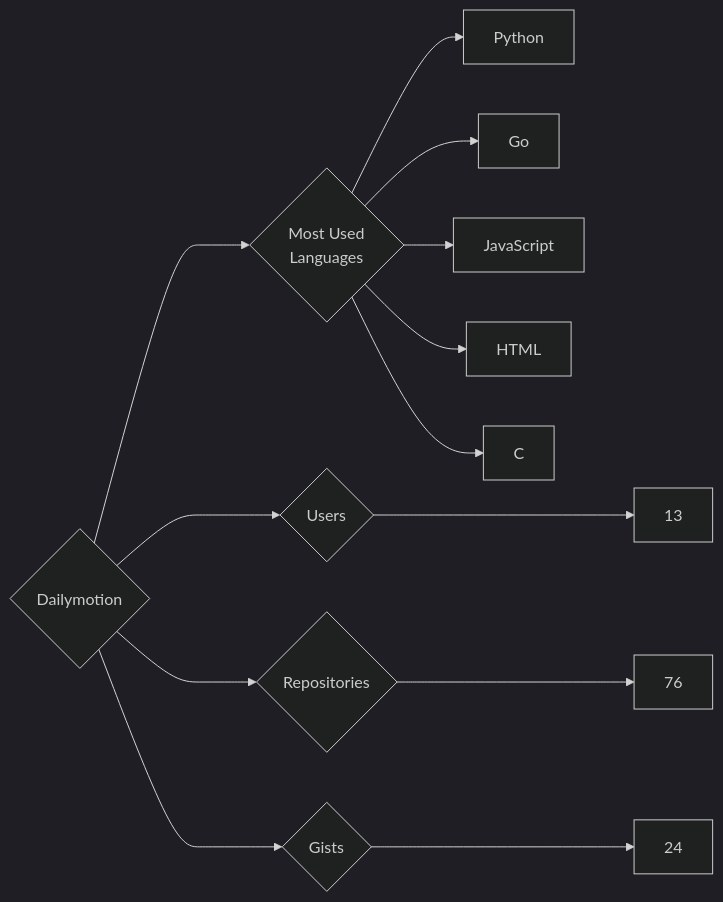
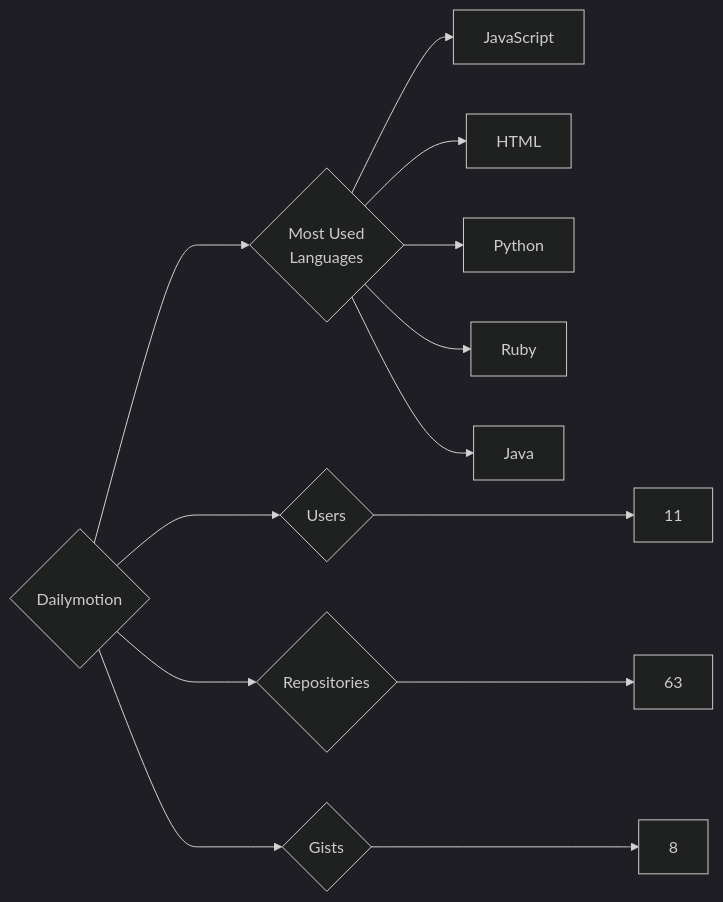
The diagram in targets/Dailymotion/README.md (trickest/insiders), drawn with Mermaid (dark theme) before and after one commit. The commit also changed 965 other files, not shown here.

````diff
--- a/targets/Dailymotion/README.md
+++ b/targets/Dailymotion/README.md
@@ -3,13 +3,13 @@
 ```mermaid
 graph LR
 COMPANY_NAME{Dailymotion}
-COMPANY_NAME ---> U{Users} ---> UN[13]
-COMPANY_NAME ---> R{Repositories} ---> RN[76]
-COMPANY_NAME ---> G{Gists} ---> GN[24]
+COMPANY_NAME ---> U{Users} ---> UN[11]
+COMPANY_NAME ---> R{Repositories} ---> RN[63]
+COMPANY_NAME ---> G{Gists} ---> GN[8]
 COMPANY_NAME ---> ML{Most Used<br>Languages}
-ML --> Python[Python]
-ML --> Go[Go]
 ML --> JavaScript[JavaScript]
 ML --> HTML[HTML]
-ML --> C[C]
+ML --> Python[Python]
+ML --> Ruby[Ruby]
+ML --> Java[Java]
 ```
````
